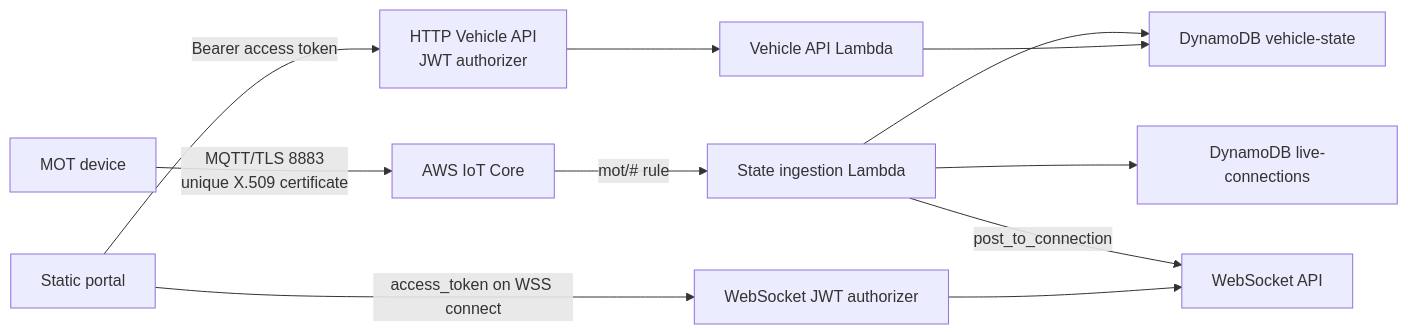
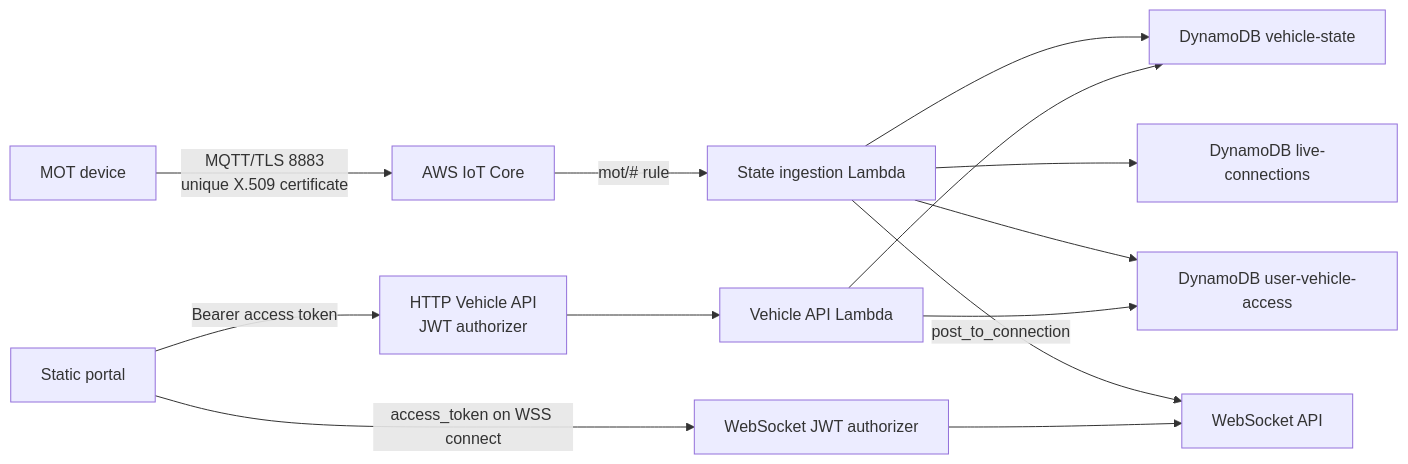
The first of 2 diagrams in docs/architecture/aws-iot.md (MM1834/microlino-open-telemetry), drawn with Mermaid before and after one commit. The commit also changed other lines of this file and 14 other files, not shown here.

````diff
--- a/docs/architecture/aws-iot.md
+++ b/docs/architecture/aws-iot.md
@@ -11,13 +11,15 @@
 ```mermaid
 flowchart LR
     Device["MOT device"] -->|"MQTT/TLS 8883\nunique X.509 certificate"| IoT["AWS IoT Core"]
     IoT -->|"mot/# rule"| Ingest["State ingestion Lambda"]
     Ingest --> State["DynamoDB vehicle-state"]
     Ingest --> Connections["DynamoDB live-connections"]
+    Ingest --> Access["DynamoDB user-vehicle-access"]
     Ingest -->|"post_to_connection"| WSS["WebSocket API"]
 
     Portal["Static portal"] -->|"Bearer access token"| HTTP["HTTP Vehicle API\nJWT authorizer"]
     HTTP --> VehicleApi["Vehicle API Lambda"] --> State
+    VehicleApi --> Access
     Portal -->|"access_token on WSS connect"| Authorizer["WebSocket JWT authorizer"]
     Authorizer --> WSS
 ```
````
